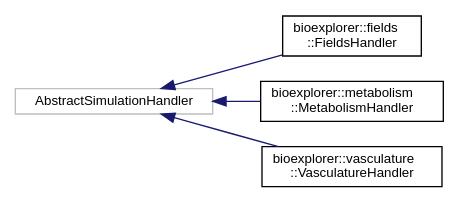
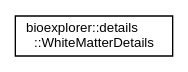
Before and after one commit to BlueBrain/BioExplorer: the diagram in docs/inherit_graph_57.dot, drawn with Graphviz. The commit also changed 377 other files, not shown here.

```diff
--- a/docs/inherit_graph_57.dot
+++ b/docs/inherit_graph_57.dot
@@ -1,14 +1,8 @@
 digraph "Graphical Class Hierarchy"
 {
  // LATEX_PDF_SIZE
   edge [fontname="Helvetica",fontsize="10",labelfontname="Helvetica",labelfontsize="10"];
   node [fontname="Helvetica",fontsize="10",shape=record];
   rankdir="LR";
-  Node125 [label="AbstractSimulationHandler",height=0.2,width=0.4,color="grey75", fillcolor="white", style="filled",tooltip=" "];
-  Node125 -> Node0 [dir="back",color="midnightblue",fontsize="10",style="solid",fontname="Helvetica"];
-  Node0 [label="bioexplorer::fields\l::FieldsHandler",height=0.2,width=0.4,color="black", fillcolor="white", style="filled",URL="$d9/d6e/classbioexplorer_1_1fields_1_1FieldsHandler.html",tooltip="The FieldsHandler class handles electro-magnetic fields data structures."];
-  Node125 -> Node127 [dir="back",color="midnightblue",fontsize="10",style="solid",fontname="Helvetica"];
-  Node127 [label="bioexplorer::metabolism\l::MetabolismHandler",height=0.2,width=0.4,color="black", fillcolor="white", style="filled",URL="$d4/dc4/classbioexplorer_1_1metabolism_1_1MetabolismHandler.html",tooltip="The MetabolismHandler class handles metabolite concentrations."];
-  Node125 -> Node128 [dir="back",color="midnightblue",fontsize="10",style="solid",fontname="Helvetica"];
-  Node128 [label="bioexplorer::vasculature\l::VasculatureHandler",height=0.2,width=0.4,color="black", fillcolor="white", style="filled",URL="$d3/d3e/classbioexplorer_1_1vasculature_1_1VasculatureHandler.html",tooltip="The VasculatureHandler class handles the mapping of the vasculature simulation to the geometry."];
+  Node0 [label="bioexplorer::details\l::WhiteMatterDetails",height=0.2,width=0.4,color="black", fillcolor="white", style="filled",URL="$da/d1a/structbioexplorer_1_1details_1_1WhiteMatterDetails.html",tooltip=" "];
 }
```
